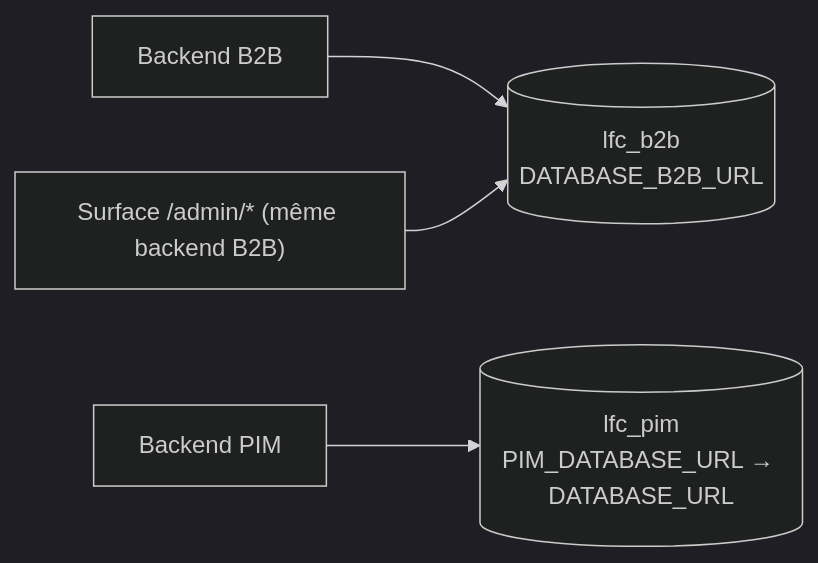
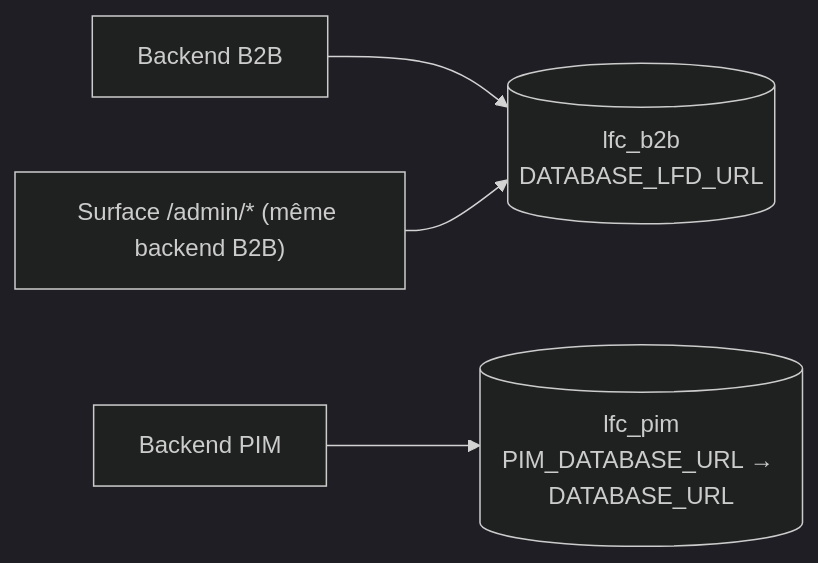
Before and after one commit to hugoheynard/lfd: the fifth of 6 diagrams in documentation/b2b/b2b_backend_deploy.md, drawn with Mermaid (dark theme). The commit also changed other lines of this file and 19 other files, not shown here.

First line of the commit message:
refactor(api): DATABASE_B2B_URL devient DATABASE_LFD_URL

````diff
--- a/documentation/b2b/b2b_backend_deploy.md
+++ b/documentation/b2b/b2b_backend_deploy.md
@@ -291,6 +291,6 @@
 ```mermaid
 flowchart LR
-    B1["Backend B2B"] --> D1[("lfc_b2b<br/>DATABASE_B2B_URL")]
+    B1["Backend B2B"] --> D1[("lfc_b2b<br/>DATABASE_LFD_URL")]
     B2["Backend PIM"] --> D2[("lfc_pim<br/>PIM_DATABASE_URL → DATABASE_URL")]
     ADM["Surface /admin/* (même backend B2B)"] --> D1
 ```
````
